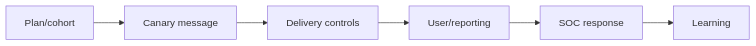
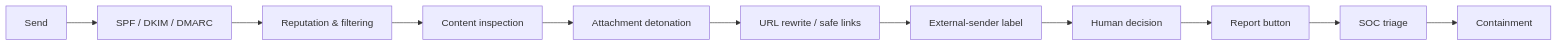
Before and after one commit to nnr-root/cybersec-crook2root-notes: the diagram in Offensive Security/Social Engineering/Phishing & Messaging Security Testing/Phishing & Spear-Phishing Methodology.md, drawn with Mermaid. The commit also changed other lines of this file and 1 other file, not shown here.

````diff
--- a/Offensive Security/Social Engineering/Phishing & Messaging Security Testing/Phishing & Spear-Phishing Methodology.md
+++ b/Offensive Security/Social Engineering/Phishing & Messaging Security Testing/Phishing & Spear-Phishing Methodology.md
@@ -13,8 +42,13 @@
 ```mermaid
 flowchart LR
-    P["Plan/cohort"] --> C["Canary message"]
-    C --> D["Delivery controls"]
-    D --> U["User/reporting"]
-    U --> S["SOC response"]
-    S --> L["Learning"]
+    S["Send"] --> A["SPF / DKIM / DMARC"]
+    A --> R["Reputation & filtering"]
+    R --> C["Content inspection"]
+    C --> D["Attachment detonation"]
+    D --> U["URL rewrite / safe links"]
+    U --> L["External-sender label"]
+    L --> H["Human decision"]
+    H --> P["Report button"]
+    P --> T["SOC triage"]
+    T --> N["Containment"]
 ```
````
